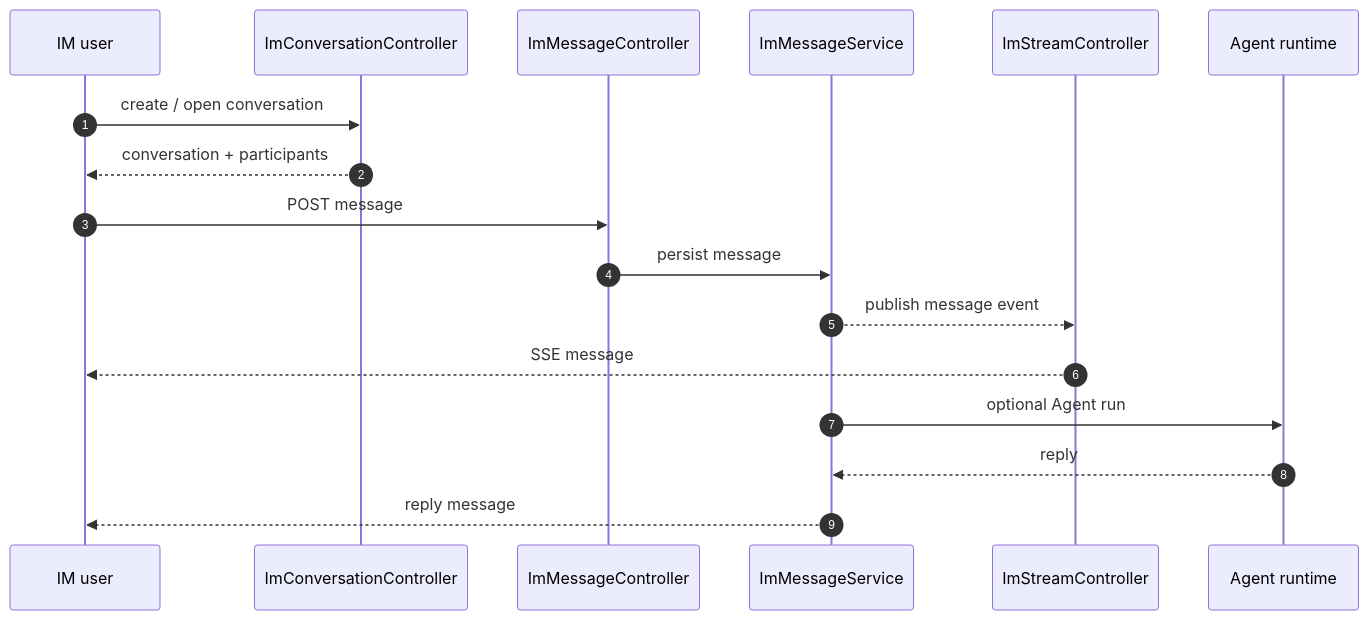
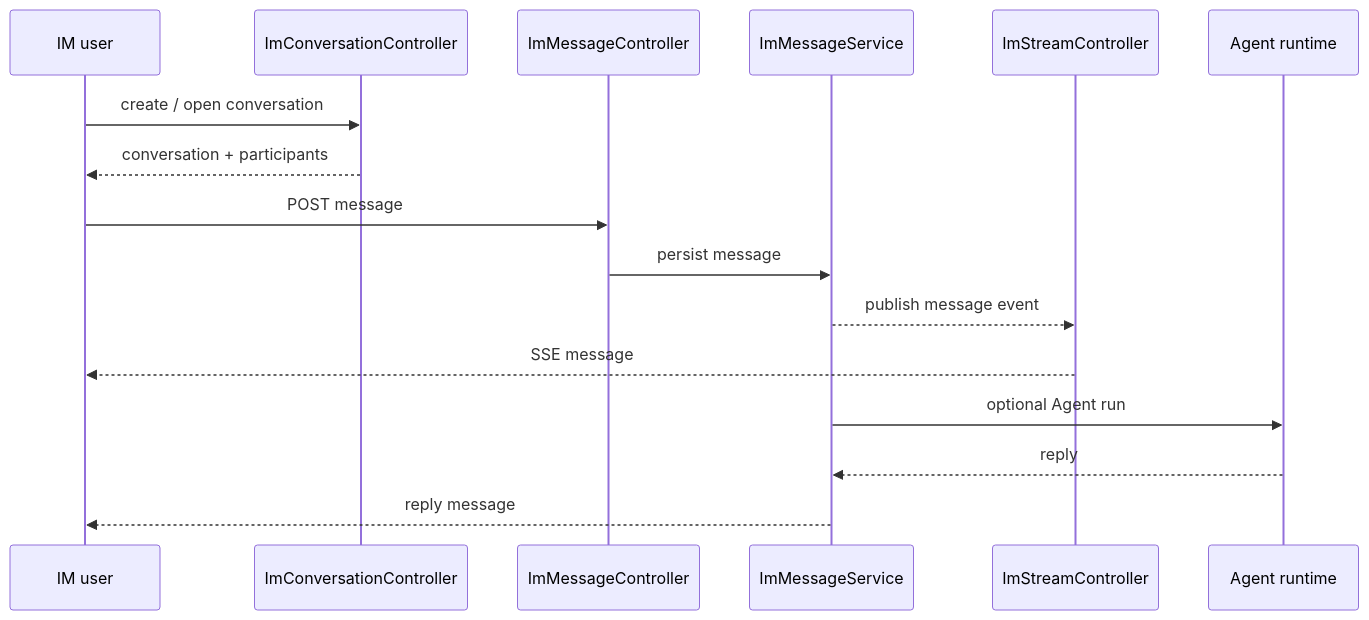
One commit to nullpointexception-i/agent-sphere changed diagram 11 of 15 in README.md. Above: the diagram before and after it, drawn with Mermaid. The commit also changed other lines of this file and 1 other file, not shown here.

````diff
--- a/README.md
+++ b/README.md
@@ -563,19 +494,18 @@
 ```mermaid
 sequenceDiagram
-    autonumber
     participant U as IM user
     participant C as ImConversationController
     participant M as ImMessageController
     participant S as ImMessageService
     participant Q as ImStreamController
     participant A as Agent runtime
     U->>C: create / open conversation
     C-->>U: conversation + participants
     U->>M: POST message
     M->>S: persist message
     S-->>Q: publish message event
     Q-->>U: SSE message
     S->>A: optional Agent run
     A-->>S: reply
     S-->>U: reply message
 ```
````
